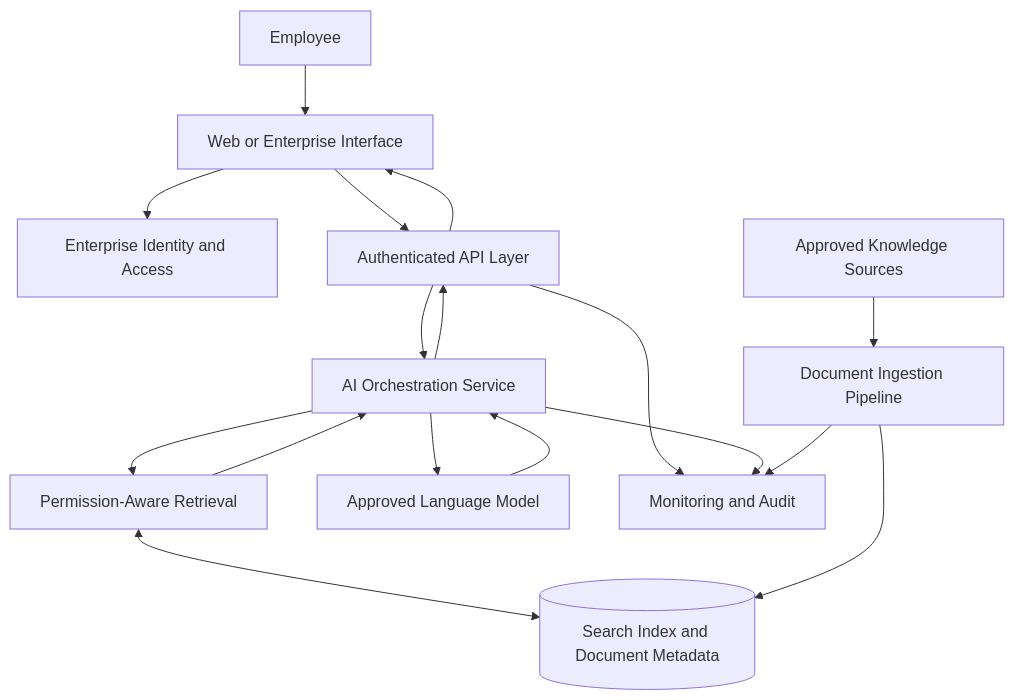
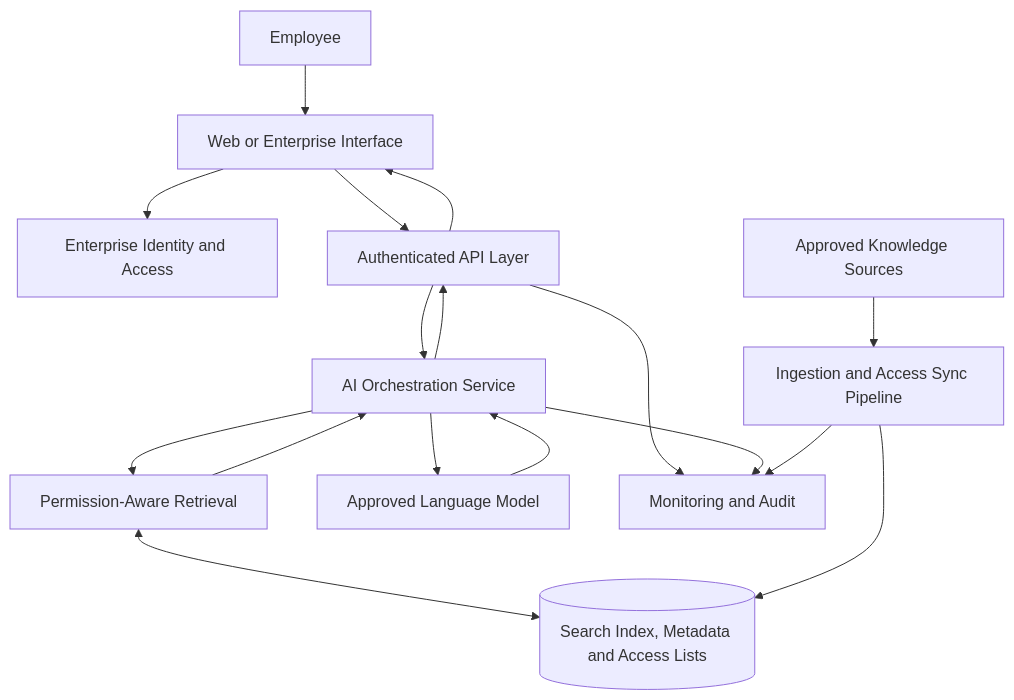
The diagram in docs/enterprise-ai-solution-case-study.md (Open-QCore/openqcore-platform-overview), drawn with Mermaid before and after one commit. The commit also changed other lines of this file, not shown here.

First line of the commit message:
Revise case study for clarity and updated architecture

````diff
--- a/docs/enterprise-ai-solution-case-study.md
+++ b/docs/enterprise-ai-solution-case-study.md
@@ -27,31 +27,31 @@
 ```mermaid
 flowchart TD
     U[Employee]
     ID[Enterprise Identity and Access]
     UI[Web or Enterprise Interface]
     API[Authenticated API Layer]
     ORCH[AI Orchestration Service]
     RET[Permission-Aware Retrieval]
-    IDX[(Search Index and Document Metadata)]
-    ING[Document Ingestion Pipeline]
+    IDX[(Search Index, Metadata and Access Lists)]
+    ING[Ingestion and Access Sync Pipeline]
     SRC[Approved Knowledge Sources]
     LLM[Approved Language Model]
     OBS[Monitoring and Audit]
 
     U --> UI
     UI --> ID
     UI --> API
     API --> ORCH
     ORCH --> RET
     RET <--> IDX
     SRC --> ING
     ING --> IDX
     RET --> ORCH
     ORCH --> LLM
     LLM --> ORCH
     ORCH --> API
     API --> UI
     API --> OBS
     ORCH --> OBS
     ING --> OBS
 ```
````
